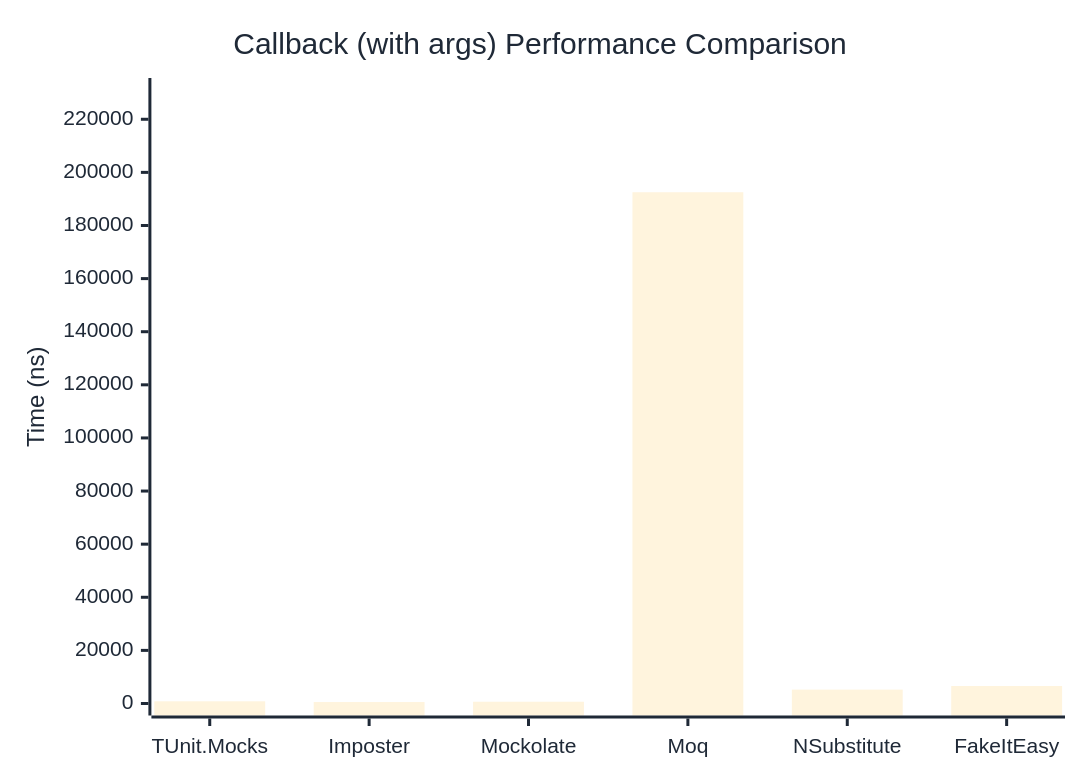
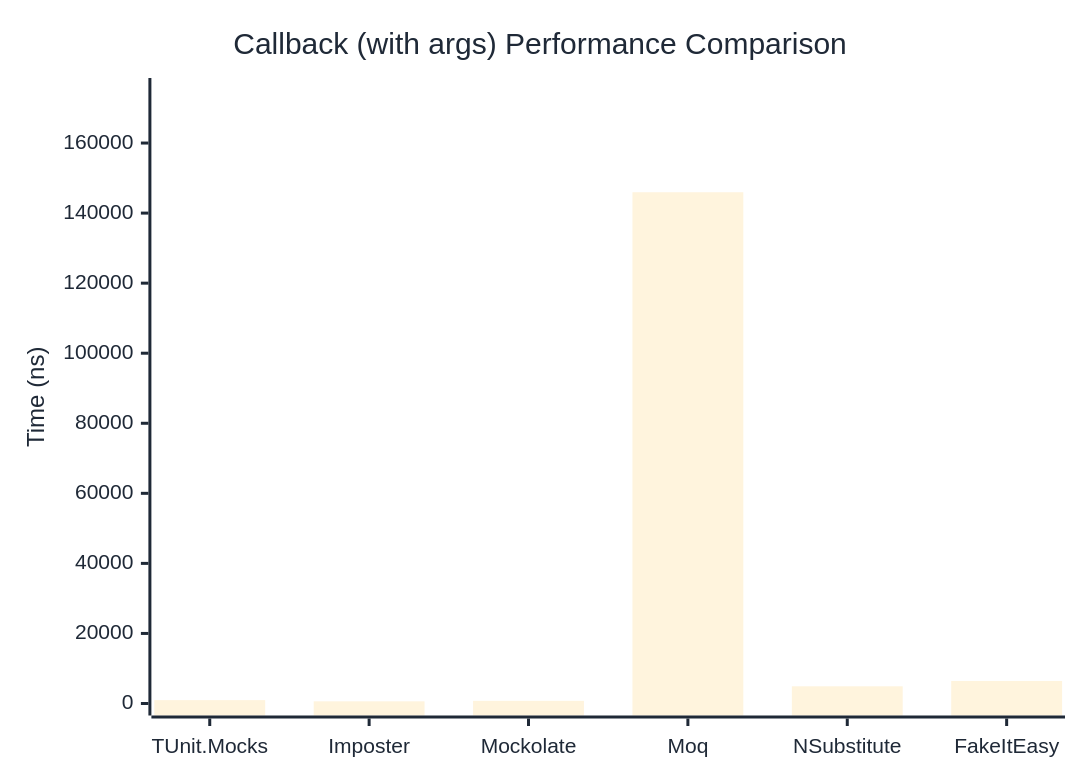
The second of 2 diagrams in docs/docs/benchmarks/mocks/Callback.md (thomhurst/TUnit), drawn with Mermaid before and after one commit. The commit also changed other lines of this file and 14 other files, not shown here.

````diff
--- a/docs/docs/benchmarks/mocks/Callback.md
+++ b/docs/docs/benchmarks/mocks/Callback.md
@@ -69,27 +69,27 @@
 ```mermaid
 %%{init: {
   'theme':'base',
   'themeVariables': {
     'primaryColor': '#2563eb',
     'primaryTextColor': '#1f2937',
     'primaryBorderColor': '#1e40af',
     'lineColor': '#6b7280',
     'secondaryColor': '#7c3aed',
     'tertiaryColor': '#dc2626',
     'background': '#ffffff',
     'pie1': '#2563eb',
     'pie2': '#7c3aed',
     'pie3': '#dc2626',
     'pie4': '#f59e0b',
     'pie5': '#10b981',
     'pie6': '#06b6d4',
     'pie7': '#ec4899',
     'pie8': '#6366f1'
   }
 }}%%
 xychart-beta
   title "Callback (with args) Performance Comparison"
   x-axis ["TUnit.Mocks", "Imposter", "Mockolate", "Moq", "NSubstitute", "FakeItEasy"]
-  y-axis "Time (ns)" 0 --> 231021
-  bar [829.4, 548.6, 665.6, 192517.3, 5229.9, 6597]
+  y-axis "Time (ns)" 0 --> 175144
+  bar [964.5, 617.4, 759.8, 145952.9, 4910.5, 6437]
 ```
````
